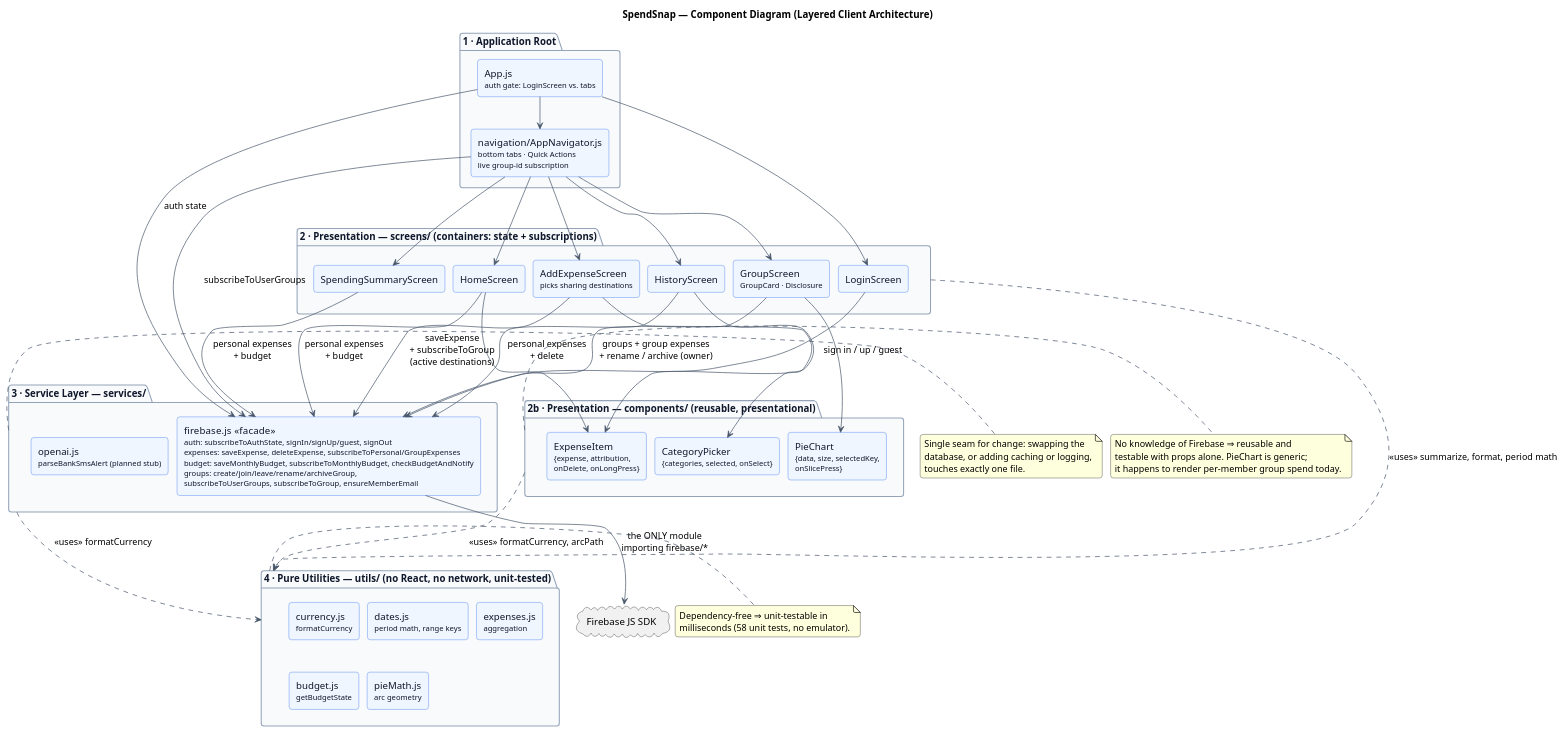
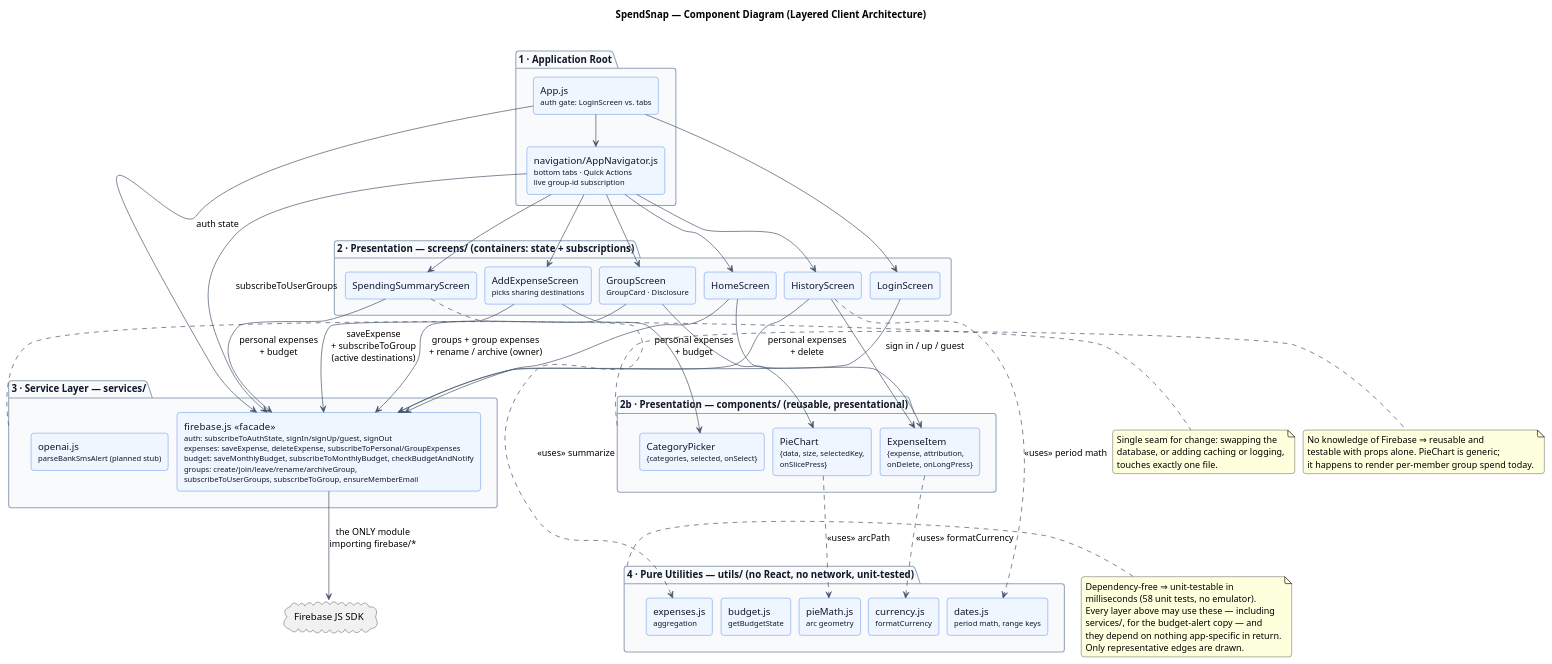
One commit to GeraldFSE/SpendSnap changed the diagram in docs/diagrams/02-component-diagram.puml. Above: the diagram before and after it, drawn with PlantUML. The commit also changed 19 other files, not shown here.

Commit message:
made diagrams look better

```diff
--- a/docs/diagrams/02-component-diagram.puml
+++ b/docs/diagrams/02-component-diagram.puml
@@ -1,108 +1,116 @@
 @startuml 02-component-diagram
 ' SpendSnap — Component / layered architecture of the client.
 ' Every arrow corresponds to an actual import in the codebase.
 
 title SpendSnap — Component Diagram (Layered Client Architecture)
 
 skinparam backgroundColor #FFFFFF
 skinparam shadowing false
 skinparam roundcorner 8
 skinparam ArrowColor #475569
 skinparam componentStyle rectangle
 skinparam nodesep 12
 skinparam ranksep 45
 skinparam package {
   BackgroundColor #F8FAFC
   BorderColor #94A3B8
   FontColor #0F172A
 }
 skinparam component {
   BackgroundColor #EFF6FF
   BorderColor #2563EB
   FontColor #0F172A
 }
 
 package "1 · Application Root" as ROOT {
   [App.js\n<size:11>auth gate: LoginScreen vs. tabs</size>] as APP
   [navigation/AppNavigator.js\n<size:11>bottom tabs · Quick Actions</size>\n<size:11>live group-id subscription</size>] as NAV
 }
 
 package "2 · Presentation — screens/ (containers: state + subscriptions)" as SCREENS {
   [LoginScreen] as LOGIN
   [HomeScreen] as HOME
   [AddExpenseScreen\n<size:11>picks sharing destinations</size>] as ADD
   [SpendingSummaryScreen] as SUMMARY
   [HistoryScreen] as HISTORY
   [GroupScreen\n<size:11>GroupCard · Disclosure</size>] as GROUP
 }
 
 package "2b · Presentation — components/ (reusable, presentational)" as COMPONENTS {
   [ExpenseItem\n<size:11>{expense, attribution,</size>\n<size:11>onDelete, onLongPress}</size>] as ITEM
   [PieChart\n<size:11>{data, size, selectedKey,</size>\n<size:11>onSlicePress}</size>] as PIE
   [CategoryPicker\n<size:11>{categories, selected, onSelect}</size>] as PICKER
 }
 
 package "3 · Service Layer — services/" as SERVICES {
   [firebase.js  «facade»\n<size:11>auth: subscribeToAuthState, signIn/signUp/guest, signOut</size>\n<size:11>expenses: saveExpense, deleteExpense, subscribeToPersonal/GroupExpenses</size>\n<size:11>budget: saveMonthlyBudget, subscribeToMonthlyBudget, checkBudgetAndNotify</size>\n<size:11>groups: create/join/leave/rename/archiveGroup,</size>\n<size:11>subscribeToUserGroups, subscribeToGroup, ensureMemberEmail</size>] as FBSVC
   [openai.js\n<size:11>parseBankSmsAlert (planned stub)</size>] as OPENAI
 }
 
 package "4 · Pure Utilities — utils/ (no React, no network, unit-tested)" as UTILS {
   [currency.js\n<size:11>formatCurrency</size>] as CUR
   [dates.js\n<size:11>period math, range keys</size>] as DATES
   [expenses.js\n<size:11>aggregation</size>] as EXP
   [budget.js\n<size:11>getBudgetState</size>] as BUD
   [pieMath.js\n<size:11>arc geometry</size>] as PMATH
 }
 
 cloud "Firebase JS SDK" as SDK
 
 ' --- Root wiring ---
 APP --> LOGIN
 APP --> NAV
 NAV --> HOME
 NAV --> ADD
 NAV --> SUMMARY
 NAV --> HISTORY
 NAV --> GROUP
 
 ' --- Screens compose reusable components ---
 HOME --> ITEM
 HISTORY --> ITEM
 GROUP --> PIE
 ADD --> PICKER
 
 ' --- Every backend access goes through the one service module ---
 APP --> FBSVC : auth state
 LOGIN --> FBSVC : sign in / up / guest
 HOME --> FBSVC : personal expenses\n+ budget
 ADD --> FBSVC : saveExpense\n+ subscribeToGroup\n(active destinations)
 SUMMARY --> FBSVC : personal expenses\n+ budget
 HISTORY --> FBSVC : personal expenses\n+ delete
 GROUP --> FBSVC : groups + group expenses\n+ rename / archive (owner)
 NAV --> FBSVC : subscribeToUserGroups
 FBSVC --> SDK : the ONLY module\nimporting firebase/*
 
 ' --- Pure logic is reachable from every layer, and depends on none of them ---
-SCREENS ..> UTILS : <<uses>> summarize, format, period math
-COMPONENTS ..> UTILS : <<uses>> formatCurrency, arcPath
-SERVICES ..> UTILS : <<uses>> formatCurrency
+' Drawn node-to-node on purpose: a package-to-package dependency makes Graphviz route
+' the edge around the whole cluster, which reads as a stray boundary.
+' One representative edge per layer keeps the point without redrawing every import.
+SUMMARY ..> EXP : <<uses>> summarize
+HISTORY ..> DATES : <<uses>> period math
+ITEM ..> CUR : <<uses>> formatCurrency
+PIE ..> PMATH : <<uses>> arcPath
 
 note right of SERVICES
   Single seam for change: swapping the
   database, or adding caching or logging,
   touches exactly one file.
 end note
 
 note right of UTILS
   Dependency-free ⇒ unit-testable in
   milliseconds (58 unit tests, no emulator).
+  Every layer above may use these — including
+  services/, for the budget-alert copy — and
+  they depend on nothing app-specific in return.
+  Only representative edges are drawn.
 end note
 
 note right of COMPONENTS
   No knowledge of Firebase ⇒ reusable and
   testable with props alone. PieChart is generic;
   it happens to render per-member group spend today.
 end note
 
 @enduml
```
